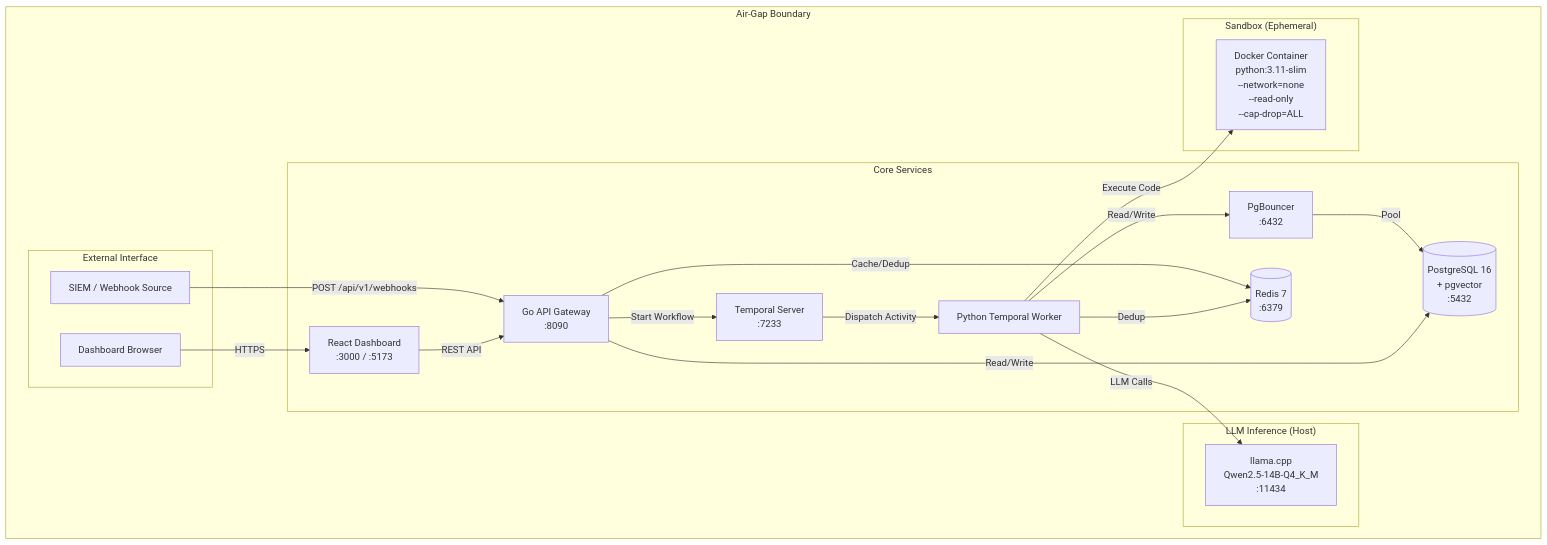
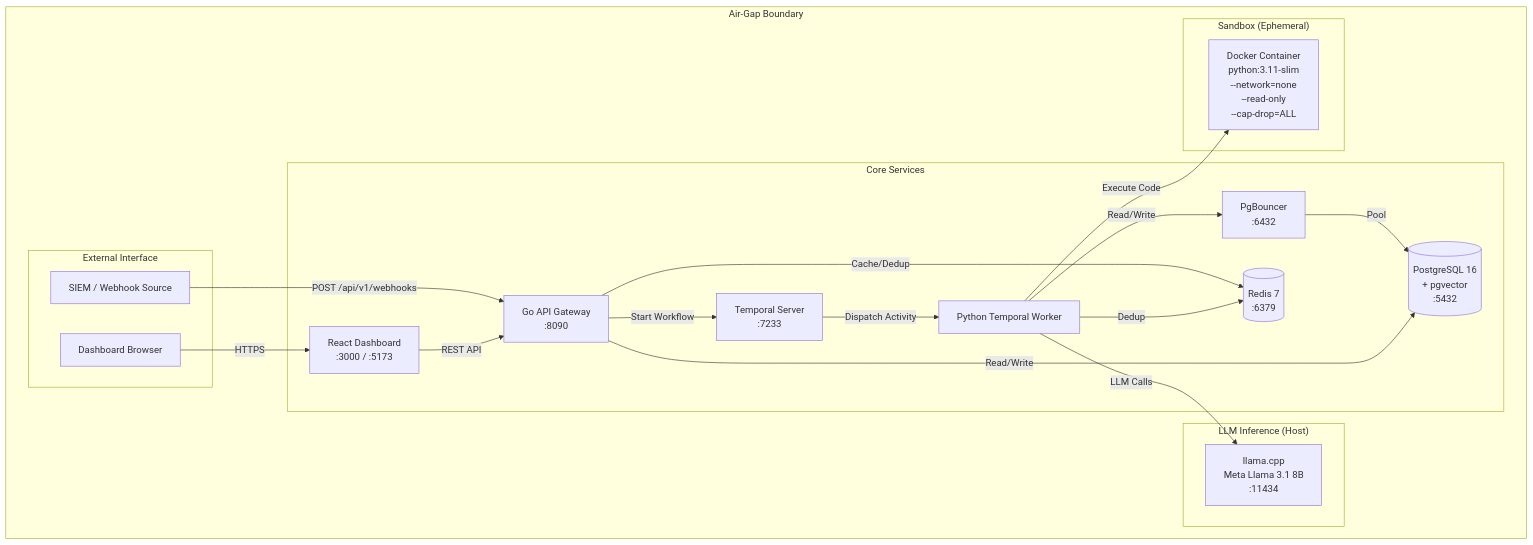
One commit to swami086/Zovark_swami changed the diagram in docs/ARCHITECTURE.md. Above: the diagram before and after it, drawn with Mermaid. The commit also changed other lines of this file and 28 other files, not shown here.

First line of the commit message:
feat: two-model routing — American models only (Meta Llama)

````diff
--- a/docs/ARCHITECTURE.md
+++ b/docs/ARCHITECTURE.md
@@ -52,40 +52,40 @@
 ```mermaid
 graph TD
     subgraph "Air-Gap Boundary"
         subgraph "External Interface"
             SIEM[SIEM / Webhook Source]
             Browser[Dashboard Browser]
         end
 
         subgraph "Core Services"
             API[Go API Gateway<br>:8090]
             Worker[Python Temporal Worker]
             Temporal[Temporal Server<br>:7233]
             PG[(PostgreSQL 16<br>+ pgvector<br>:5432)]
             PGB[PgBouncer<br>:6432]
             Redis[(Redis 7<br>:6379)]
             Dashboard[React Dashboard<br>:3000 / :5173]
         end
 
         subgraph "LLM Inference (Host)"
-            LLM[llama.cpp<br>Qwen2.5-14B-Q4_K_M<br>:11434]
+            LLM[llama.cpp<br>Meta Llama 3.1 8B<br>:11434]
         end
 
         subgraph "Sandbox (Ephemeral)"
             Sandbox[Docker Container<br>python:3.11-slim<br>--network=none<br>--read-only<br>--cap-drop=ALL]
         end
     end
 
     SIEM -->|POST /api/v1/webhooks| API
     Browser -->|HTTPS| Dashboard
     Dashboard -->|REST API| API
     API -->|Start Workflow| Temporal
     Temporal -->|Dispatch Activity| Worker
     Worker -->|LLM Calls| LLM
     Worker -->|Execute Code| Sandbox
     Worker -->|Read/Write| PGB
     PGB -->|Pool| PG
     API -->|Read/Write| PG
     API -->|Cache/Dedup| Redis
     Worker -->|Dedup| Redis
 ```
````
